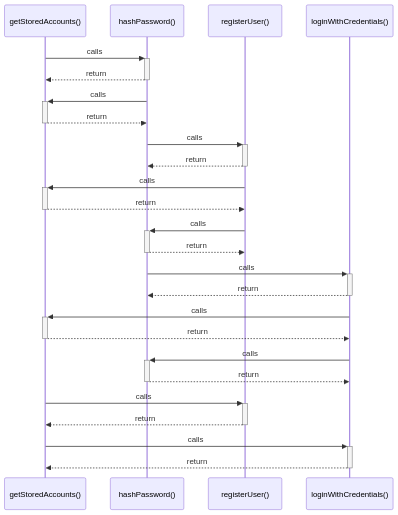
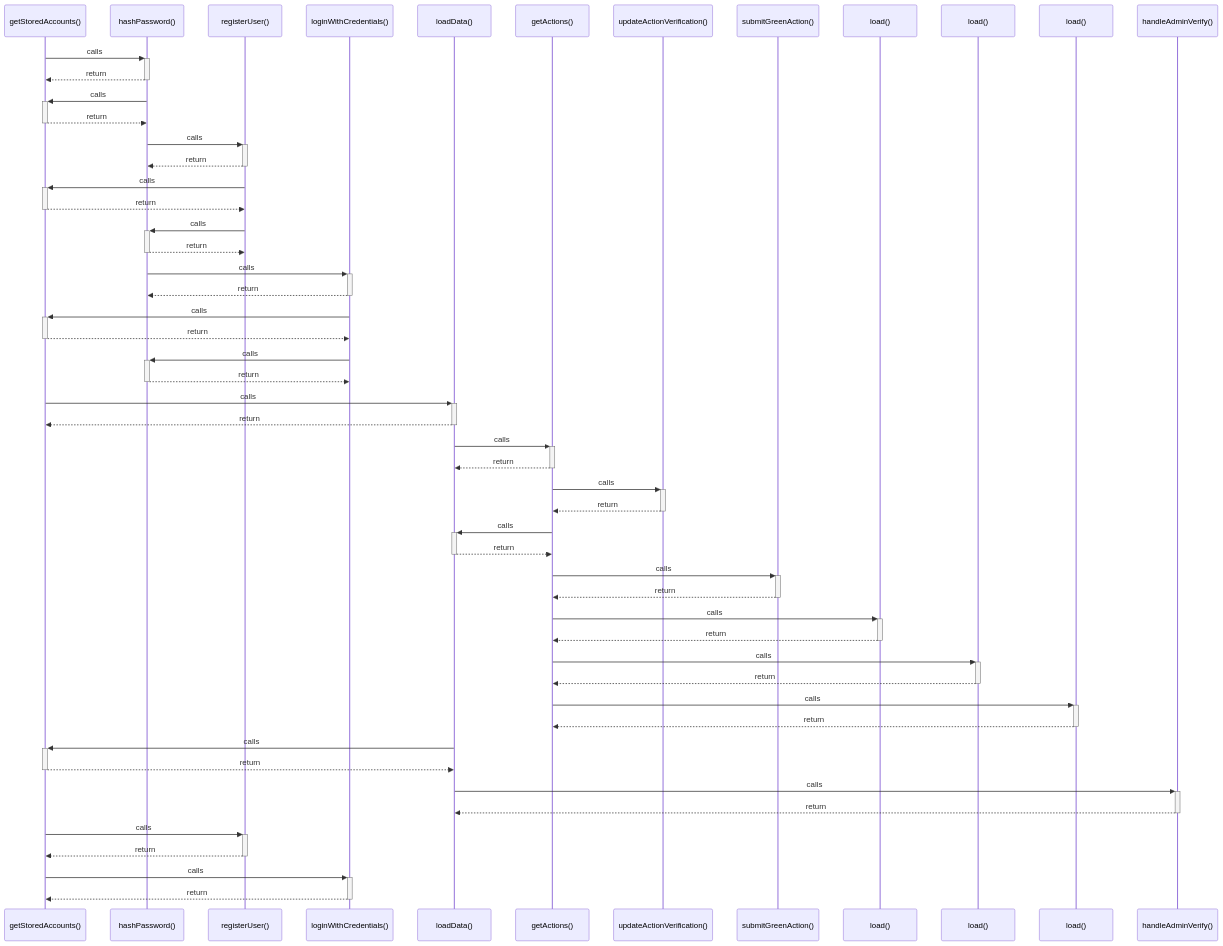
One commit to FY72X9/i-can-app changed the diagram in graphify-out/wiki/getStoredAccounts().md. Above: the diagram before and after it, drawn with Mermaid. The commit also changed other lines of this file and 35 other files, not shown here.

Commit message:
chore: generate project knowledge graph documentation and presentation materials

````diff
--- a/graphify-out/wiki/getStoredAccounts().md
+++ b/graphify-out/wiki/getStoredAccounts().md
@@ -7,27 +7,55 @@
 ```mermaid
 sequenceDiagram
     participant P0 as getStoredAccounts()
     participant P1 as hashPassword()
     participant P2 as registerUser()
     participant P3 as loginWithCredentials()
+    participant P4 as loadData()
+    participant P5 as getActions()
+    participant P6 as updateActionVerification()
+    participant P7 as submitGreenAction()
+    participant P8 as load()
+    participant P9 as load()
+    participant P10 as load()
+    participant P11 as handleAdminVerify()
     P0->>+ P1: calls
     P1-->>- P0: return
     P1->>+ P0: calls
     P0-->>- P1: return
     P1->>+ P2: calls
     P2-->>- P1: return
     P2->>+ P0: calls
     P0-->>- P2: return
     P2->>+ P1: calls
     P1-->>- P2: return
     P1->>+ P3: calls
     P3-->>- P1: return
     P3->>+ P0: calls
     P0-->>- P3: return
     P3->>+ P1: calls
     P1-->>- P3: return
+    P0->>+ P4: calls
+    P4-->>- P0: return
+    P4->>+ P5: calls
+    P5-->>- P4: return
+    P5->>+ P6: calls
+    P6-->>- P5: return
+    P5->>+ P4: calls
+    P4-->>- P5: return
+    P5->>+ P7: calls
+    P7-->>- P5: return
+    P5->>+ P8: calls
+    P8-->>- P5: return
+    P5->>+ P9: calls
+    P9-->>- P5: return
+    P5->>+ P10: calls
+    P10-->>- P5: return
+    P4->>+ P0: calls
+    P0-->>- P4: return
+    P4->>+ P11: calls
+    P11-->>- P4: return
     P0->>+ P2: calls
     P2-->>- P0: return
     P0->>+ P3: calls
     P3-->>- P0: return
 ```
````
